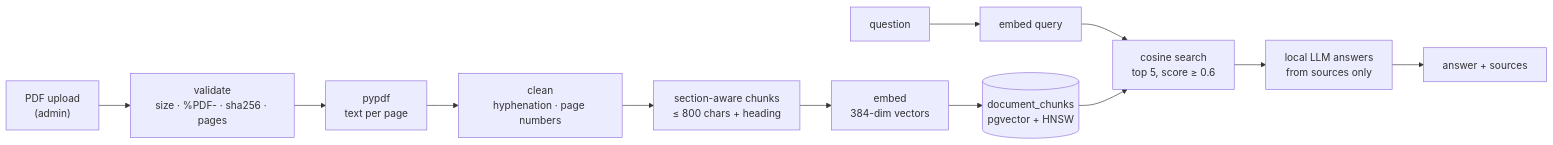
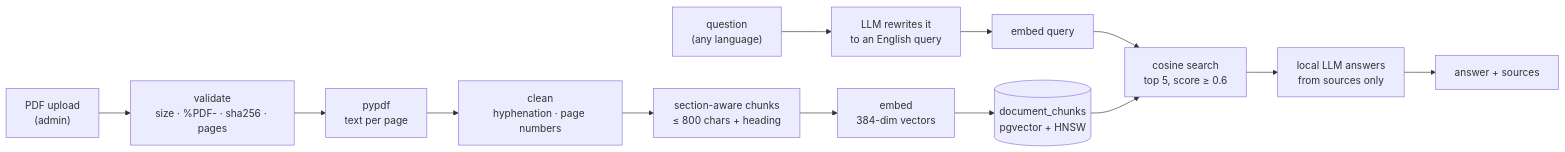
The second of 3 diagrams in README.md (InviXtaHydra/invixta), drawn with Mermaid before and after one commit. The commit also changed other lines of this file and 16 other files, not shown here.

First line of the commit message:
feat: make the local model reliable: rewrite questions into English queries and search before answering

````diff
--- a/README.md
+++ b/README.md
@@ -264,11 +265,11 @@
 ```mermaid
 flowchart LR
     PDF["PDF upload<br/>(admin)"] --> Check["validate<br/>size · %PDF- · sha256 · pages"]
     Check --> Extract["pypdf<br/>text per page"]
     Extract --> Clean["clean<br/>hyphenation · page numbers"]
     Clean --> Chunk["section-aware chunks<br/>≤ 800 chars + heading"]
     Chunk --> Embed["embed<br/>384-dim vectors"]
     Embed --> Store[("document_chunks<br/>pgvector + HNSW")]
-    Q["question"] --> QE["embed query"] --> Search["cosine search<br/>top 5, score ≥ 0.6"]
+    Q["question<br/>(any language)"] --> RW["LLM rewrites it<br/>to an English query"] --> QE["embed query"] --> Search["cosine search<br/>top 5, score ≥ 0.6"]
     Store --> Search --> LLM["local LLM answers<br/>from sources only"] --> A["answer + sources"]
 ```
````
